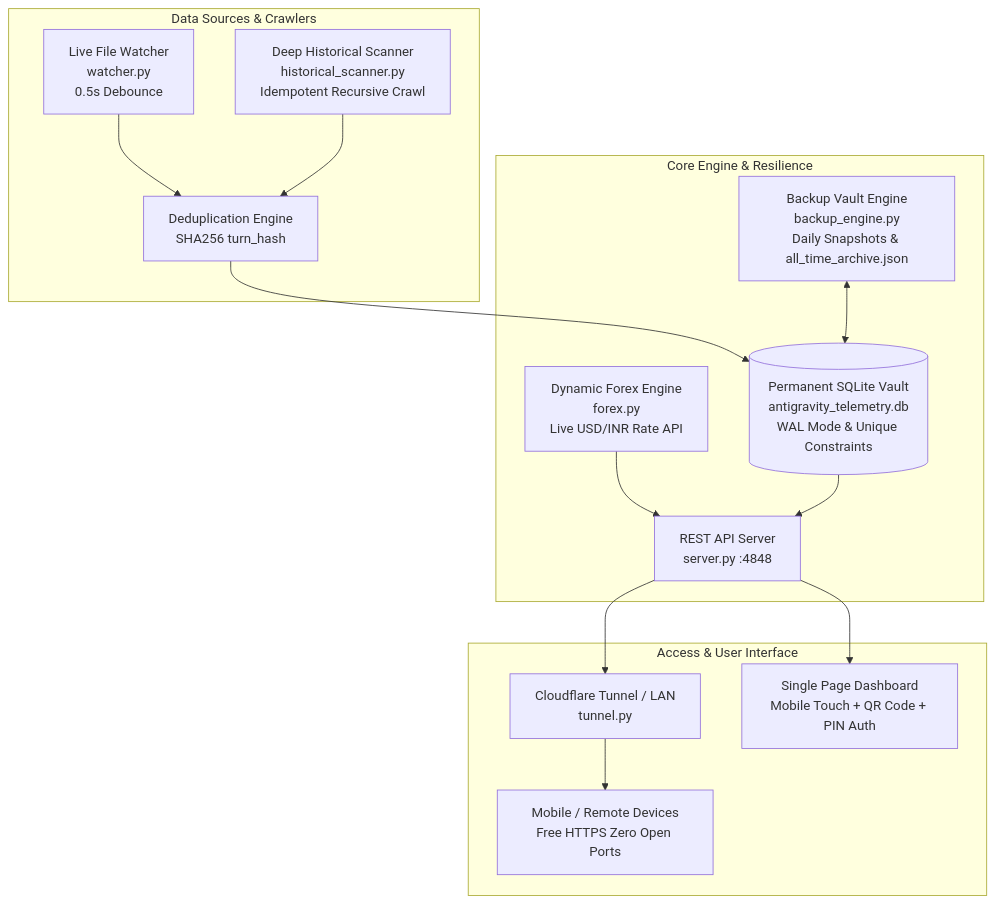
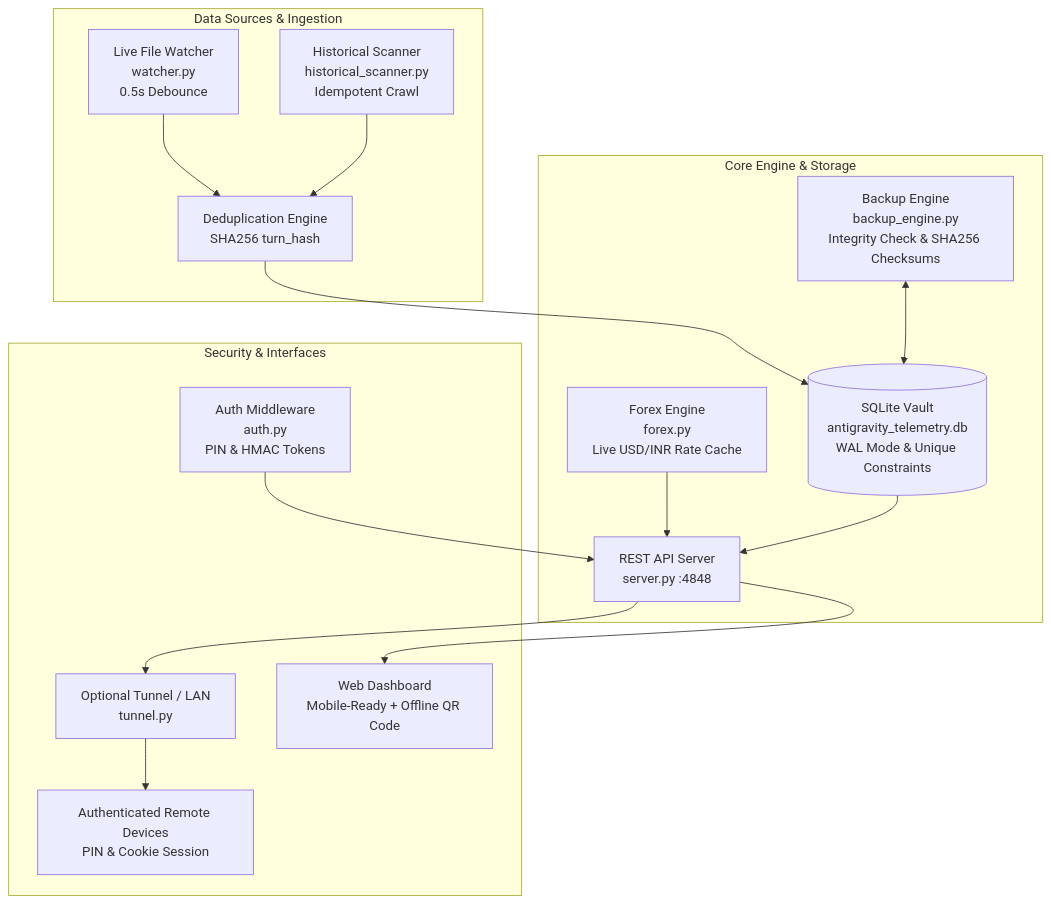
One commit to rishwebb/antigravity-vault changed the diagram in README.md. Above: the diagram before and after it, drawn with Mermaid. The commit also changed other lines of this file and 21 other files, not shown here.

First line of the commit message:
refactor(core): resolve 40 security, accuracy, reliability and arch issues

````diff
--- a/README.md
+++ b/README.md
@@ -155,20 +139,21 @@
 ```mermaid
 graph TD
-    subgraph Data Sources & Crawlers
+    subgraph Data Sources & Ingestion
         A1[Live File Watcher<br/>watcher.py<br/>0.5s Debounce] --> D[Deduplication Engine<br/>SHA256 turn_hash]
-        A2[Deep Historical Scanner<br/>historical_scanner.py<br/>Idempotent Recursive Crawl] --> D
+        A2[Historical Scanner<br/>historical_scanner.py<br/>Idempotent Crawl] --> D
     end
 
-    subgraph Core Engine & Resilience
-        D --> E[(Permanent SQLite Vault<br/>antigravity_telemetry.db<br/>WAL Mode & Unique Constraints)]
-        F[Backup Vault Engine<br/>backup_engine.py<br/>Daily Snapshots & all_time_archive.json] <--> E
-        G[Dynamic Forex Engine<br/>forex.py<br/>Live USD/INR Rate API] --> H[REST API Server<br/>server.py :4848]
+    subgraph Core Engine & Storage
+        D --> E[(SQLite Vault<br/>antigravity_telemetry.db<br/>WAL Mode & Unique Constraints)]
+        F[Backup Engine<br/>backup_engine.py<br/>Integrity Check & SHA256 Checksums] <--> E
+        G[Forex Engine<br/>forex.py<br/>Live USD/INR Rate Cache] --> H[REST API Server<br/>server.py :4848]
         E --> H
     end
 
-    subgraph Access & User Interface
-        H --> I[Cloudflare Tunnel / LAN<br/>tunnel.py]
-        H --> J[Single Page Dashboard<br/>Mobile Touch + QR Code + PIN Auth]
-        I --> K[Mobile / Remote Devices<br/>Free HTTPS Zero Open Ports]
+    subgraph Security & Interfaces
+        AUTH[Auth Middleware<br/>auth.py<br/>PIN & HMAC Tokens] --> H
+        H --> I[Optional Tunnel / LAN<br/>tunnel.py]
+        H --> J[Web Dashboard<br/>Mobile-Ready + Offline QR Code]
+        I --> K[Authenticated Remote Devices<br/>PIN & Cookie Session]
     end
 ```
````
